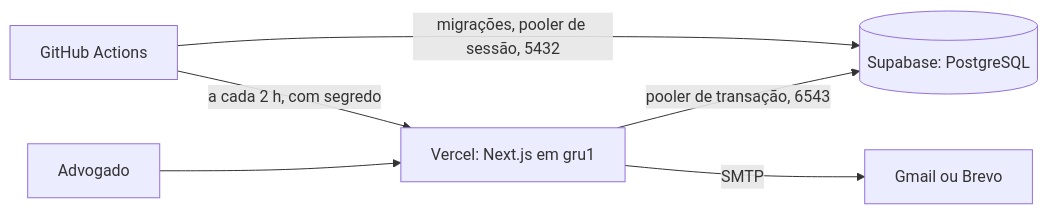
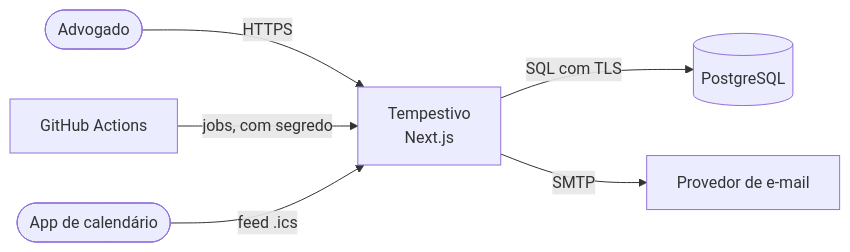
The diagram in README.md (Commit-zero/tempestivo), drawn with Mermaid before and after one commit. The commit also changed other lines of this file and 8 other files, not shown here.

````diff
--- a/README.md
+++ b/README.md
@@ -212,8 +59,8 @@
 ```mermaid
 flowchart LR
-  U[Advogado] --> V[Vercel: Next.js em gru1]
-  V -->|pooler de transação, 6543| S[(Supabase: PostgreSQL)]
-  V -->|SMTP| M[Gmail ou Brevo]
-  G[GitHub Actions] -->|a cada 2 h, com segredo| V
-  G -->|migrações, pooler de sessão, 5432| S
+  A([Advogado]) -->|HTTPS| T[Tempestivo<br/>Next.js]
+  T -->|SQL com TLS| DB[(PostgreSQL)]
+  T -->|SMTP| M[Provedor de e-mail]
+  G[GitHub Actions] -->|jobs, com segredo| T
+  C([App de calendário]) -->|feed .ics| T
 ```
````
